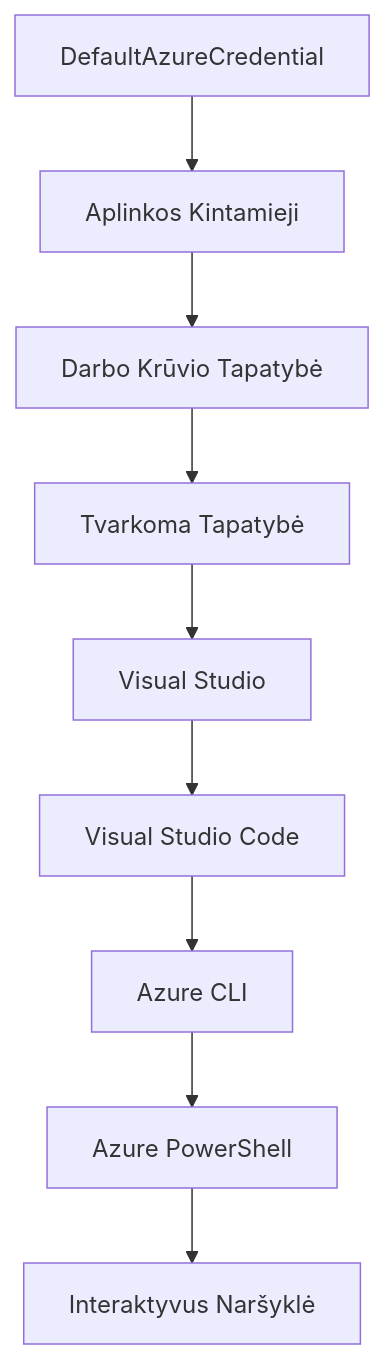
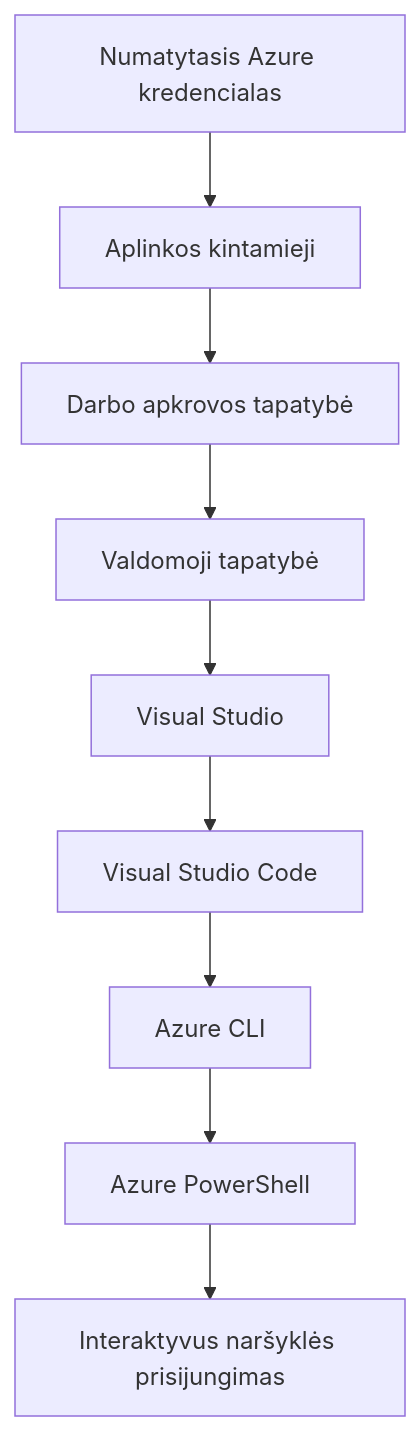
One commit to microsoft/AZD-for-beginners changed the second of 2 diagrams in translations/lt/docs/chapter-01-foundation/azd-basics.md. Above: the diagram before and after it, drawn with Mermaid. The commit also changed other lines of this file and 104 other files, not shown here.

````diff
--- a/translations/lt/docs/chapter-01-foundation/azd-basics.md
+++ b/translations/lt/docs/chapter-01-foundation/azd-basics.md
@@ -593,11 +610,11 @@
 ```mermaid
 graph TD
-    A[DefaultAzureCredential] --> B[Aplinkos Kintamieji]
-    B --> C[Darbo Krūvio Tapatybė]
-    C --> D[Tvarkoma Tapatybė]
+    A[Numatytasis Azure kredencialas] --> B[Aplinkos kintamieji]
+    B --> C[Darbo apkrovos tapatybė]
+    C --> D[Valdomoji tapatybė]
     D --> E[Visual Studio]
     E --> F[Visual Studio Code]
     F --> G[Azure CLI]
     G --> H[Azure PowerShell]
-    H --> I[Interaktyvus Naršyklė]
+    H --> I[Interaktyvus naršyklės prisijungimas]
 ```
````
